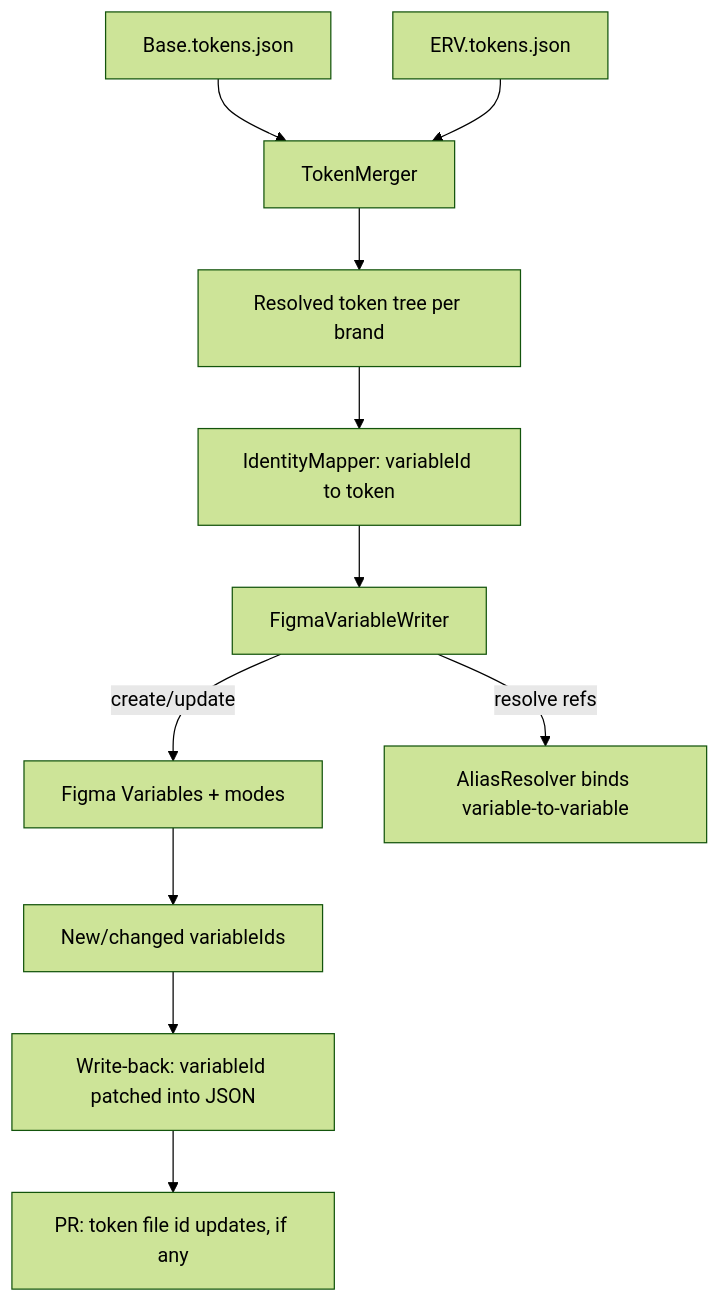
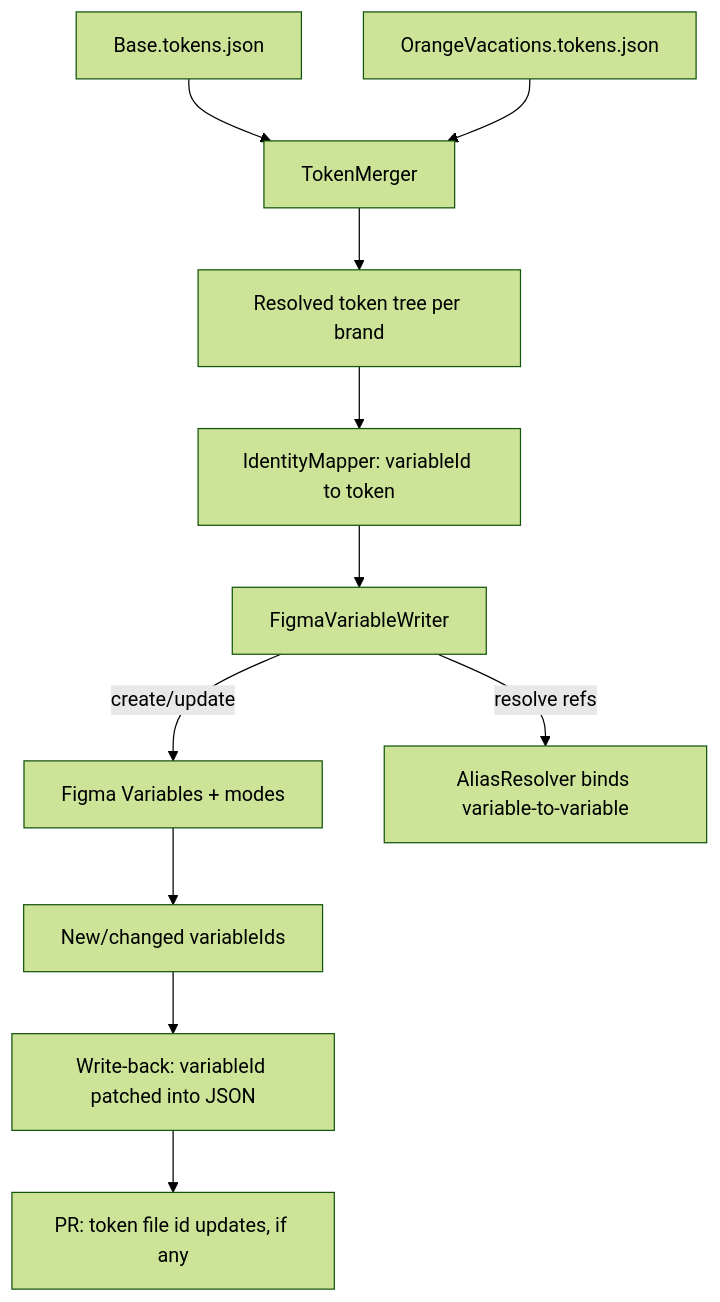
The fifth of 5 diagrams in packages/tokens/docs/figma-token-sync-plugin-plan.md (baloise/design-system), drawn with Mermaid (forest theme) before and after one commit. The commit also changed other lines of this file and 117 other files, not shown here.

````diff
--- a/packages/tokens/docs/figma-token-sync-plugin-plan.md
+++ b/packages/tokens/docs/figma-token-sync-plugin-plan.md
@@ -161,13 +161,13 @@
 ```mermaid
 flowchart TB
     T1[Base.tokens.json] --> M[TokenMerger]
-    T2[ERV.tokens.json] --> M
+    T2[OrangeVacations.tokens.json] --> M
     M --> R[Resolved token tree per brand]
     R --> ID[IdentityMapper: variableId to token]
     ID --> W[FigmaVariableWriter]
     W -->|create/update| V[Figma Variables + modes]
     W -->|resolve refs| AL[AliasResolver binds variable-to-variable]
     V --> S[New/changed variableIds]
     S --> BACK[Write-back: variableId patched into JSON]
     BACK --> PR1[PR: token file id updates, if any]
 ```
````
